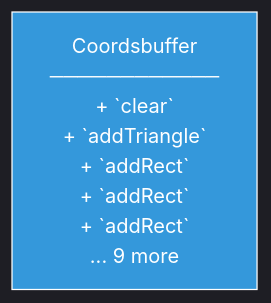
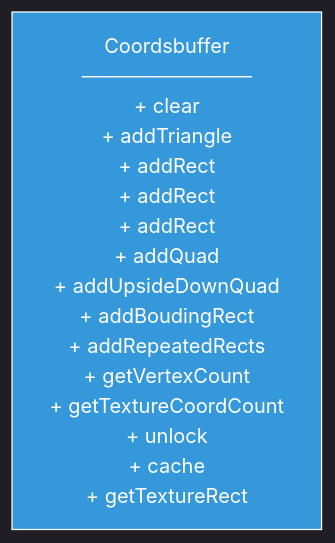
Before and after one commit to lukaszj321/otcv8-dev: the diagram in docs/authoring/01_core/api/cpp/framework/diagrams/coordsbuffer.mmd, drawn with Mermaid. The commit also changed 62 other files, not shown here.

First line of the commit message:
Fix comment spacing and expand truncated diagrams

```diff
--- a/docs/authoring/01_core/api/cpp/framework/diagrams/coordsbuffer.mmd
+++ b/docs/authoring/01_core/api/cpp/framework/diagrams/coordsbuffer.mmd
@@ -1,5 +1,5 @@
 %%{init: {'theme':'dark','themeVariables': {'primaryTextColor':'#ddd','lineColor':'#9aa0a6'}, 'securityLevel':'loose'}}%%
 graph TD
     classDef api fill:#3498db,stroke:#fff,color:#fff;
     
-    Coordsbuffer["Coordsbuffer<br/>────────────<br/>+ `clear`<br/>+ `addTriangle`<br/>+ `addRect`<br/>+ `addRect`<br/>+ `addRect`<br/>... 9 more<br/>"]:::api
+    Coordsbuffer["Coordsbuffer<br/>────────────<br/>+ clear<br/>+ addTriangle<br/>+ addRect<br/>+ addRect<br/>+ addRect<br/>+ addQuad<br/>+ addUpsideDownQuad<br/>+ addBoudingRect<br/>+ addRepeatedRects<br/>+ getVertexCount<br/>+ getTextureCoordCount<br/>+ unlock<br/>+ cache<br/>+ getTextureRect<br/>"]:::api
```
